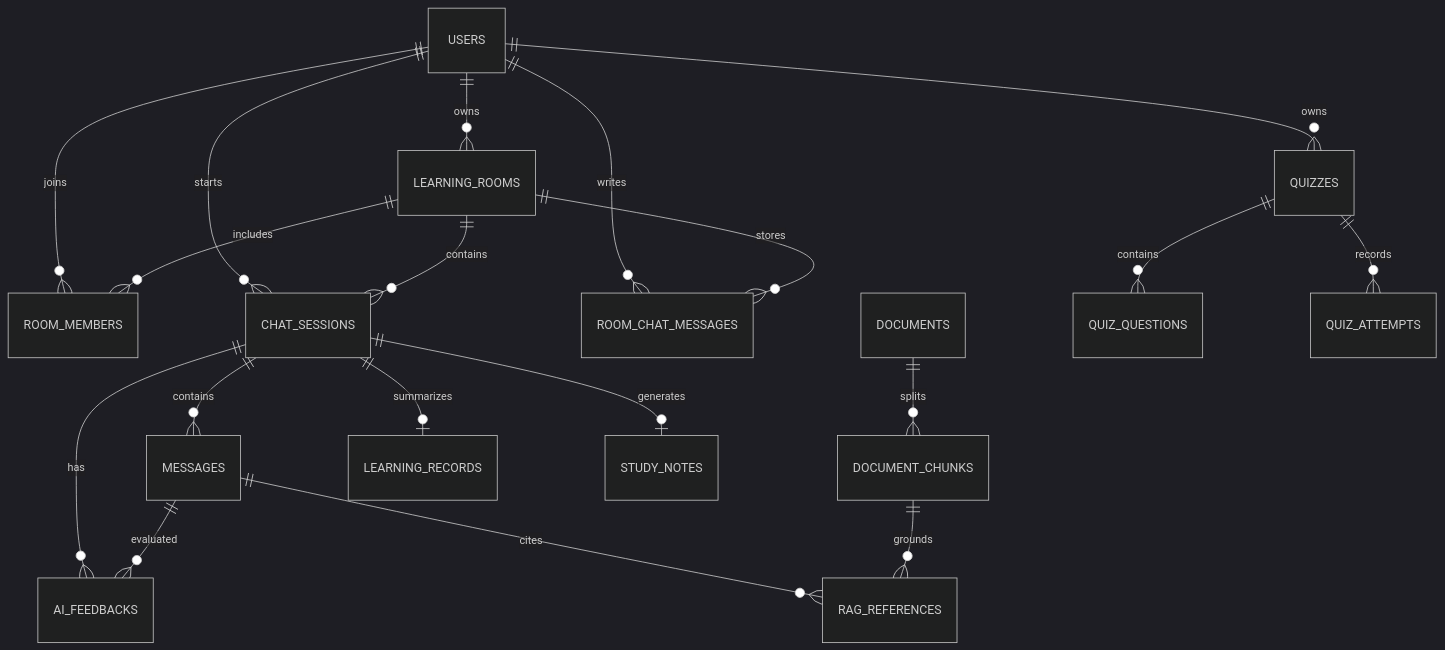
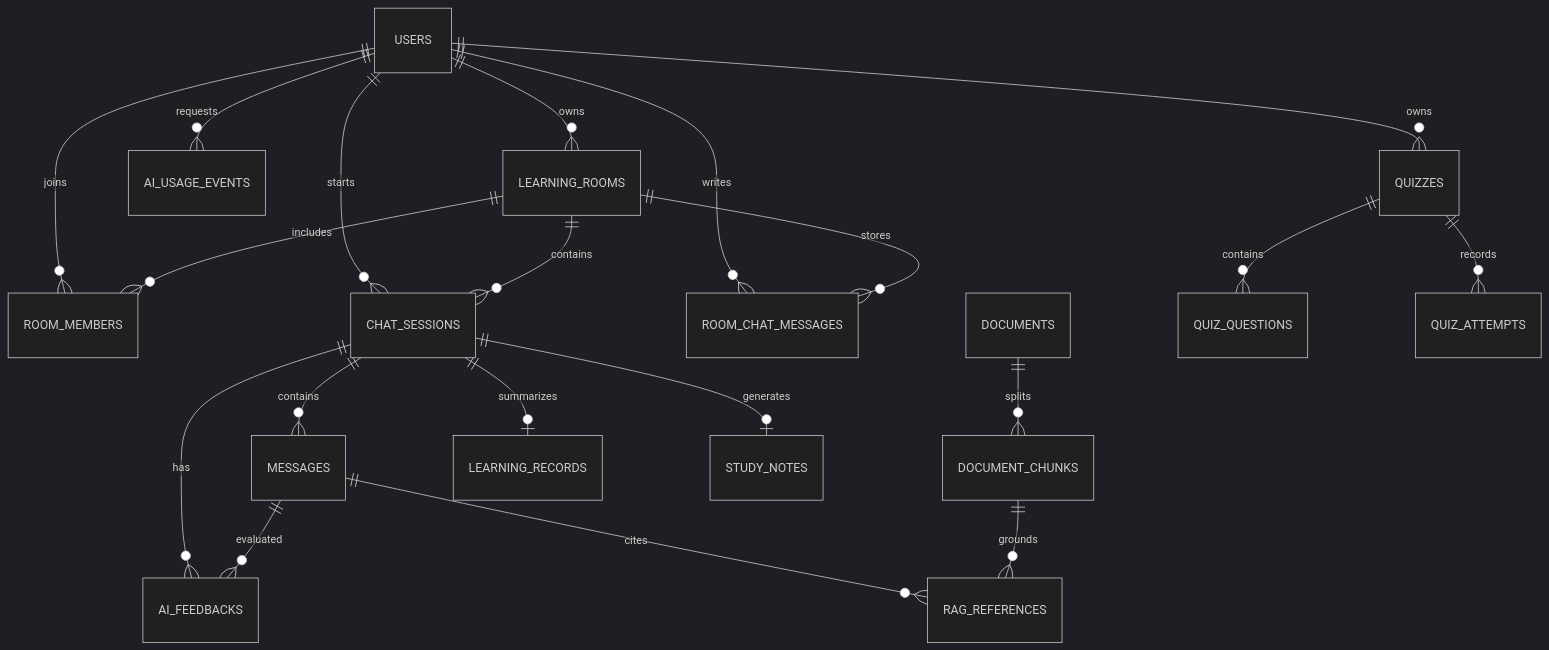
Before and after one commit to 20211400jiho/havruta-ai-tutor: the third of 4 diagrams in docs/PROJECT_MANUAL.md, drawn with Mermaid (dark theme). The commit also changed other lines of this file and 58 other files, not shown here.

````diff
--- a/docs/PROJECT_MANUAL.md
+++ b/docs/PROJECT_MANUAL.md
@@ -213,21 +217,22 @@
 ```mermaid
 erDiagram
     USERS ||--o{ LEARNING_ROOMS : owns
     USERS ||--o{ ROOM_MEMBERS : joins
     LEARNING_ROOMS ||--o{ ROOM_MEMBERS : includes
     USERS ||--o{ CHAT_SESSIONS : starts
+    USERS ||--o{ AI_USAGE_EVENTS : requests
     LEARNING_ROOMS ||--o{ CHAT_SESSIONS : contains
     CHAT_SESSIONS ||--o{ MESSAGES : contains
     USERS ||--o{ ROOM_CHAT_MESSAGES : writes
     LEARNING_ROOMS ||--o{ ROOM_CHAT_MESSAGES : stores
     CHAT_SESSIONS ||--o{ AI_FEEDBACKS : has
     MESSAGES ||--o{ AI_FEEDBACKS : evaluated
     DOCUMENTS ||--o{ DOCUMENT_CHUNKS : splits
     MESSAGES ||--o{ RAG_REFERENCES : cites
     DOCUMENT_CHUNKS ||--o{ RAG_REFERENCES : grounds
     CHAT_SESSIONS ||--o| LEARNING_RECORDS : summarizes
     CHAT_SESSIONS ||--o| STUDY_NOTES : generates
     USERS ||--o{ QUIZZES : owns
     QUIZZES ||--o{ QUIZ_QUESTIONS : contains
     QUIZZES ||--o{ QUIZ_ATTEMPTS : records
 ```
````
